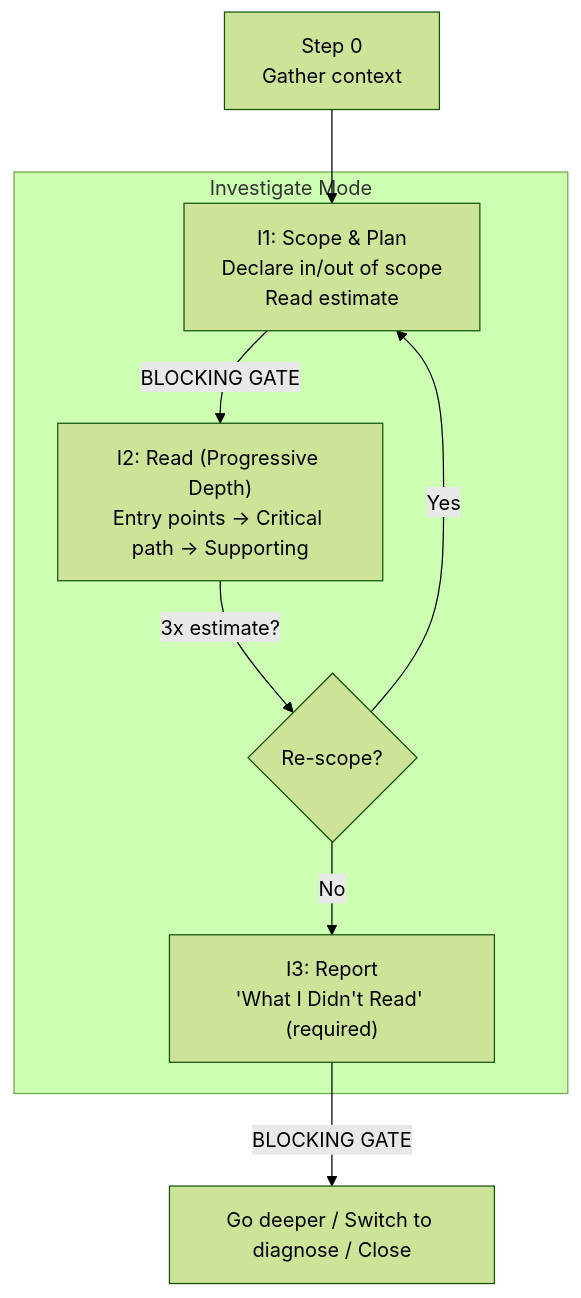
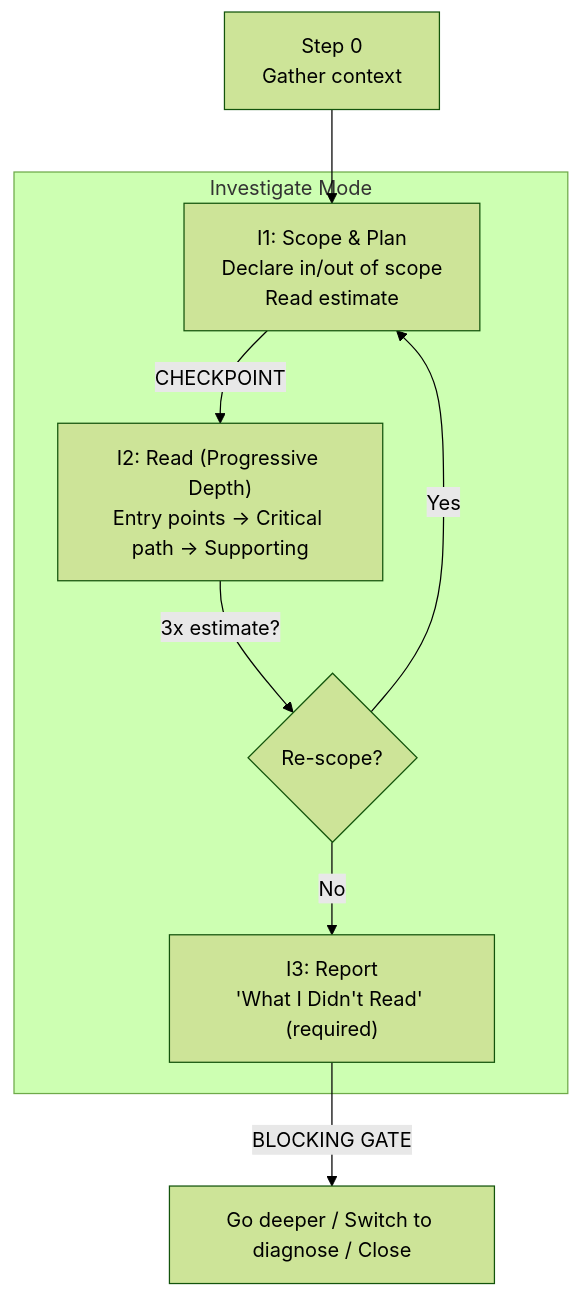
One commit to blundergoat/goat-flow changed the fourth of 9 diagrams in docs/skills.md. Above: the diagram before and after it, drawn with Mermaid (forest theme). The commit also changed other lines of this file and 31 other files, not shown here.

````diff
--- a/docs/skills.md
+++ b/docs/skills.md
@@ -137,14 +143,14 @@
 ```mermaid
 flowchart TD
     S0["Step 0\nGather context"] --> I1
 
     subgraph Investigate["Investigate Mode"]
         I1["I1: Scope & Plan\nDeclare in/out of scope\nRead estimate"]
-        I1 -->|"BLOCKING GATE"| I2["I2: Read (Progressive Depth)\nEntry points → Critical path → Supporting"]
+        I1 -->|"CHECKPOINT"| I2["I2: Read (Progressive Depth)\nEntry points → Critical path → Supporting"]
         I2 -->|"3x estimate?"| Check{"Re-scope?"}
         Check -->|Yes| I1
         Check -->|No| I3["I3: Report\n'What I Didn't Read' (required)"]
     end
 
     I3 -->|"BLOCKING GATE"| Close["Go deeper / Switch to diagnose / Close"]
 ```
````
